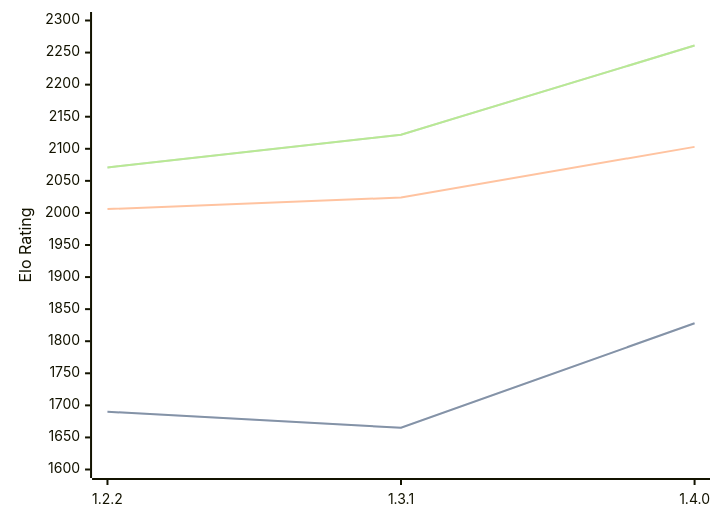
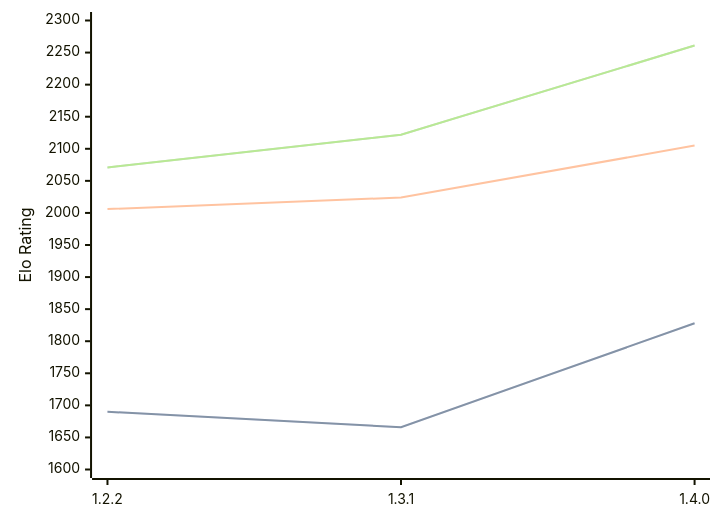
The diagram in engines/SoloEngine.md (computer-chess-index/cci), drawn with Mermaid before and after one commit. The commit also changed other lines of this file, not shown here.

Commit message:
Update CCI Ratings (ELO VLTC) - 2026-02-19

````diff
--- a/engines/SoloEngine.md
+++ b/engines/SoloEngine.md
@@ -30,11 +30,11 @@
 ```mermaid
 %%{init: {"theme":"base","themeVariables":{"seriesColors:['#a3a3a3','#222221','#faa371']}}}%%
 xychart-beta
   x-axis ["1.2.2", "1.3.1", "1.4.0"]
   y-axis "Elo Rating" 1600 --> 2300
-  line "STC (8.0+0.08s)" [1690, 1665, 1828]
-  line "STC (8.0+0.08s)" [1690, 1665, 1828]
-  line "LTC (60.0+0.60s)" [2006, 2024, 2103]
+  line "STC (8.0+0.08s)" [1690, 1666, 1828]
+  line "STC (8.0+0.08s)" [1690, 1666, 1828]
+  line "LTC (60.0+0.60s)" [2006, 2024, 2105]
   line "VLTC (2m24s+1.12s)" [2071, 2122, 2261]
   line "VLTC (2m24s+1.12s)" [2071, 2122, 2261]
 ```
````
